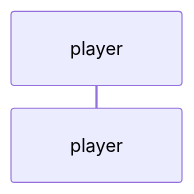
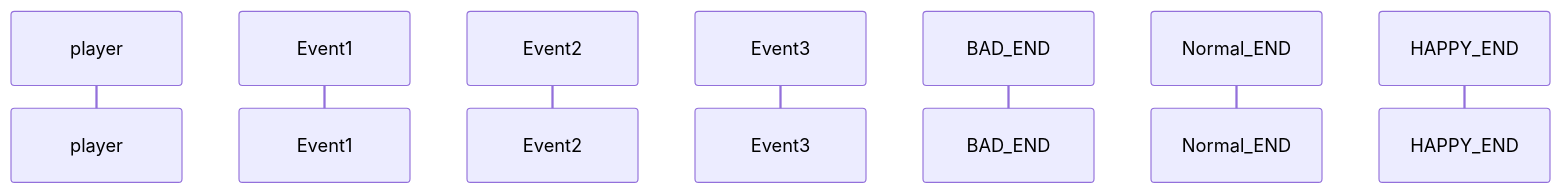
The second of 2 diagrams in README.md (tpu-game-2022/mermaid_test), drawn with Mermaid before and after one commit.

Commit message:
変更しました

````diff
--- a/README.md
+++ b/README.md
@@ -37,5 +37,10 @@
 ```mermaid
 sequenceDiagram
 participant player
-
+participant　Event1
+participant　Event2
+participant  Event3
+participant　BAD_END
+participant　Normal_END
+participant　HAPPY_END
 ```
````
